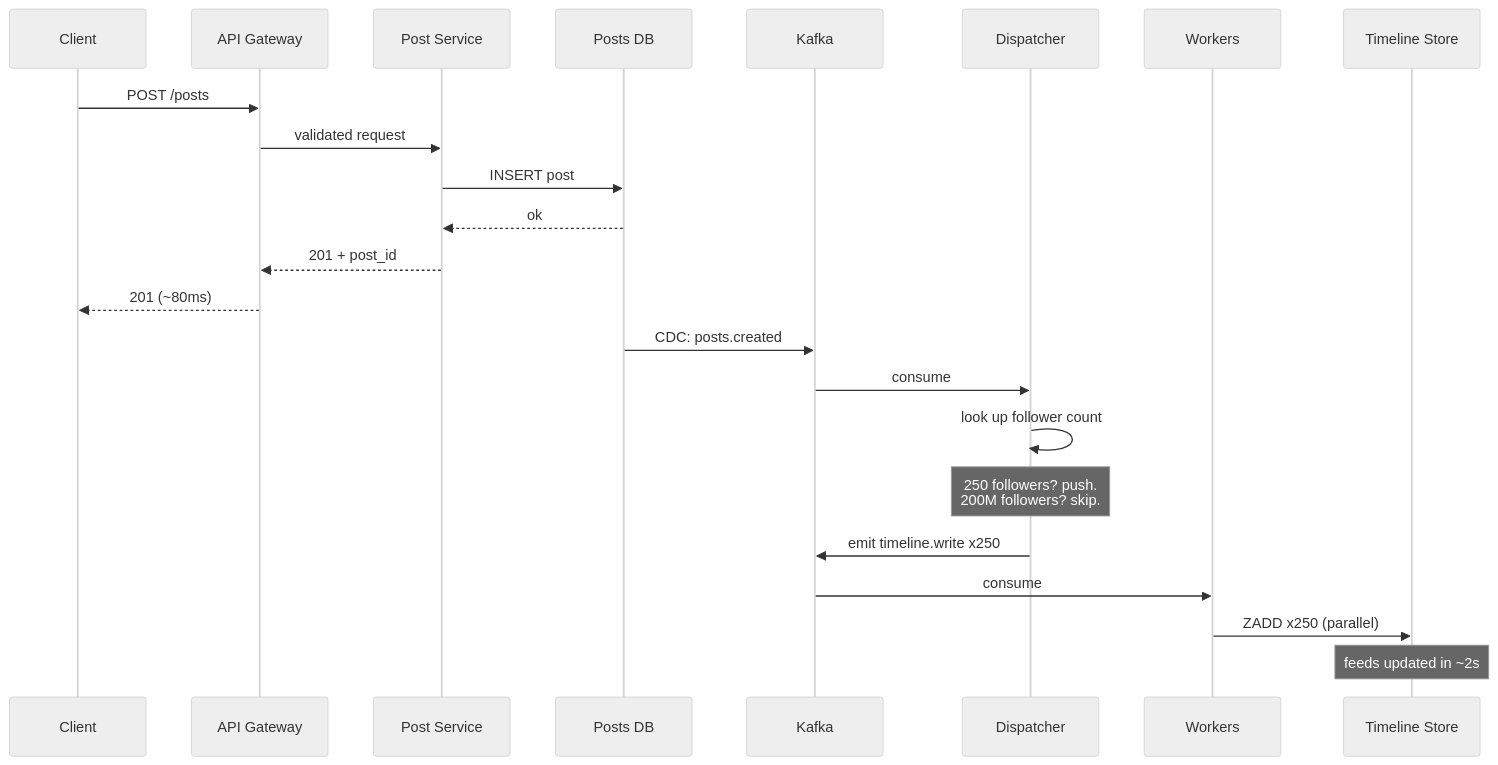
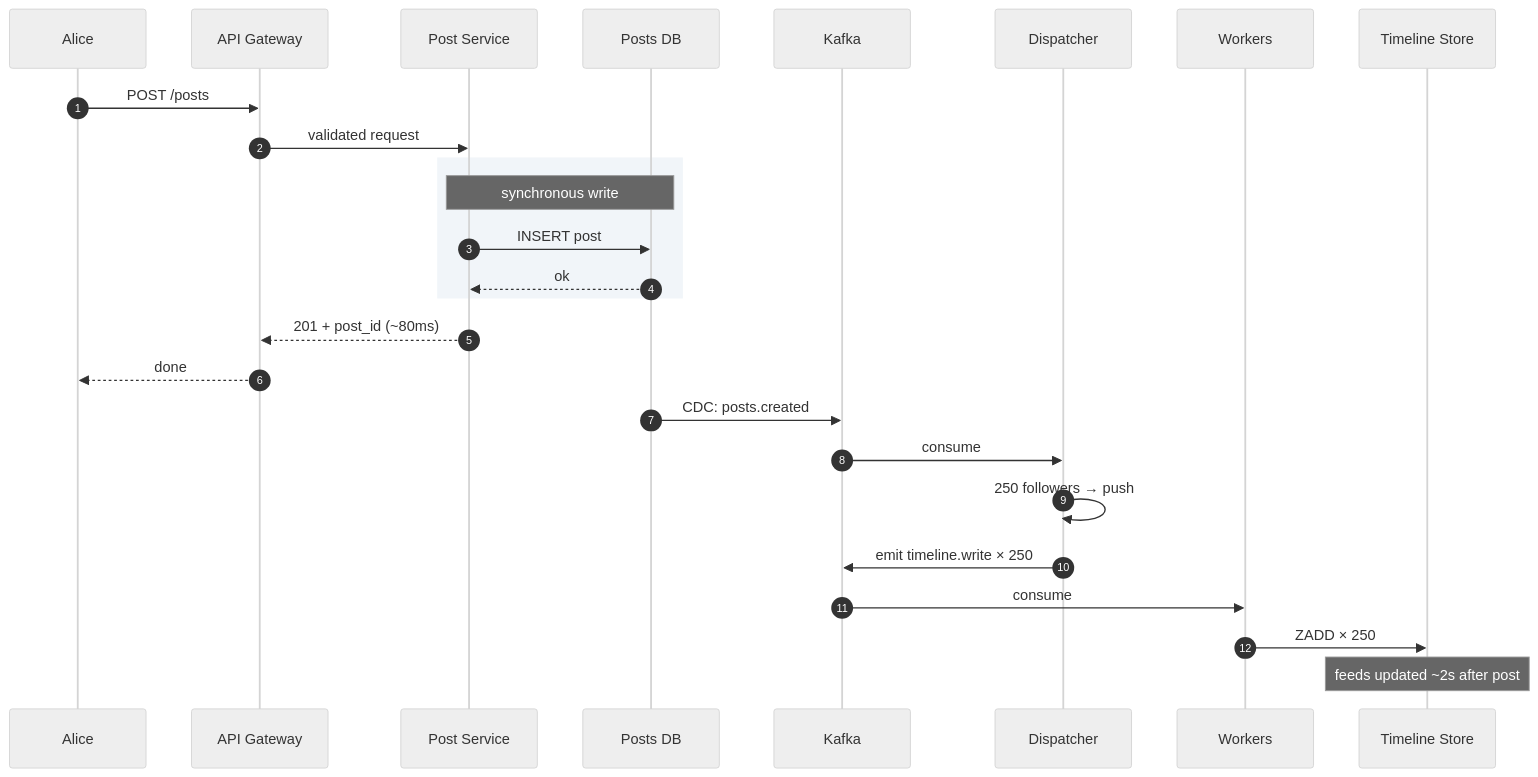
The third of 5 diagrams in problems/002-news-feed/solution.md (shiningflash/system-design), drawn with Mermaid (neutral theme) before and after one commit. The commit also changed other lines of this file and 38 other files, not shown here.

````diff
--- a/problems/002-news-feed/solution.md
+++ b/problems/002-news-feed/solution.md
@@ -310,27 +294,31 @@
 ```mermaid
 sequenceDiagram
-    participant C as Client
-    participant API as API Gateway
+    autonumber
+    participant Alice
+    participant GW as API Gateway
     participant PS as Post Service
     participant DB as Posts DB
     participant K as Kafka
     participant D as Dispatcher
     participant W as Workers
     participant TS as Timeline Store
 
-    C->>API: POST /posts
-    API->>PS: validated request
-    PS->>DB: INSERT post
-    DB-->>PS: ok
-    PS-->>API: 201 + post_id
-    API-->>C: 201 (~80ms)
+    Alice->>GW: POST /posts
+    GW->>PS: validated request
 
+    rect rgb(241, 245, 249)
+        Note over PS,DB: synchronous write
+        PS->>DB: INSERT post
+        DB-->>PS: ok
+    end
+
+    PS-->>GW: 201 + post_id (~80ms)
+    GW-->>Alice: done
     DB->>K: CDC: posts.created
     K->>D: consume
-    D->>D: look up follower count
-    Note over D: 250 followers? push.<br/>200M followers? skip.
-    D->>K: emit timeline.write x250
+    D->>D: 250 followers → push
+    D->>K: emit timeline.write × 250
     K->>W: consume
-    W->>TS: ZADD x250 (parallel)
-    Note over TS: feeds updated in ~2s
+    W->>TS: ZADD × 250
+    Note over TS: feeds updated ~2s after post
 ```
````
